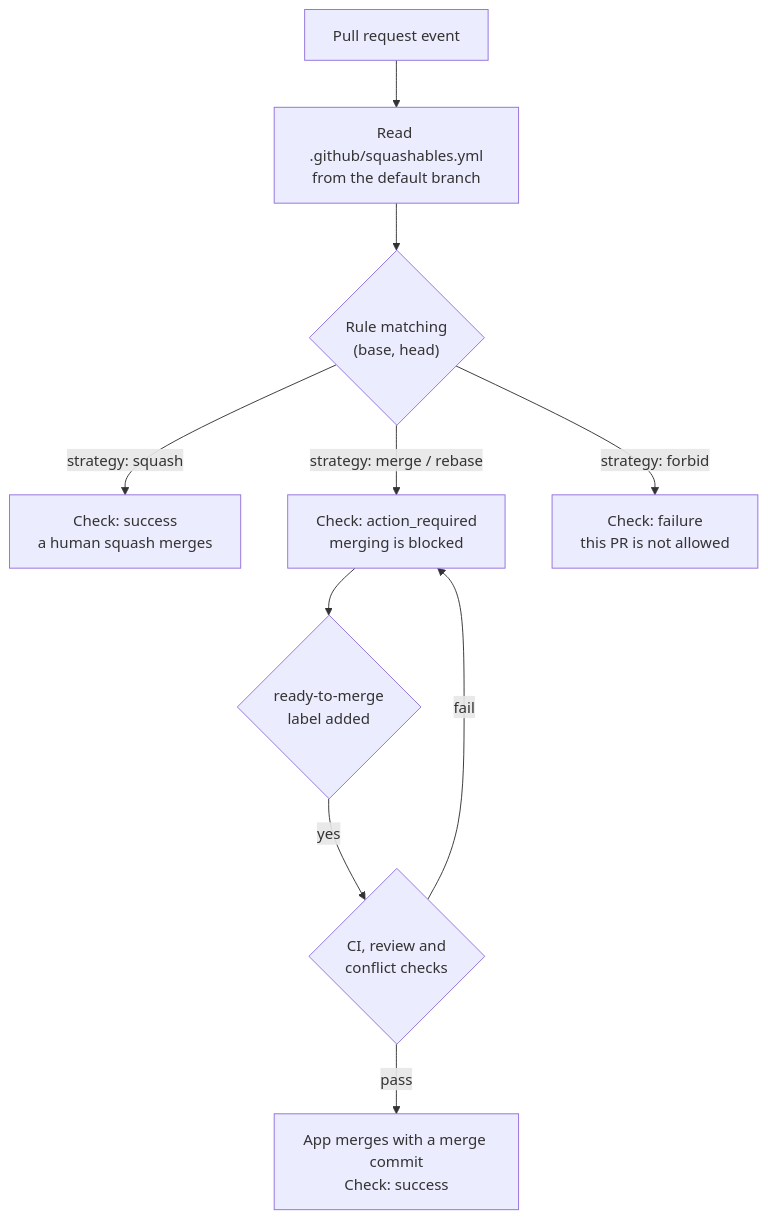
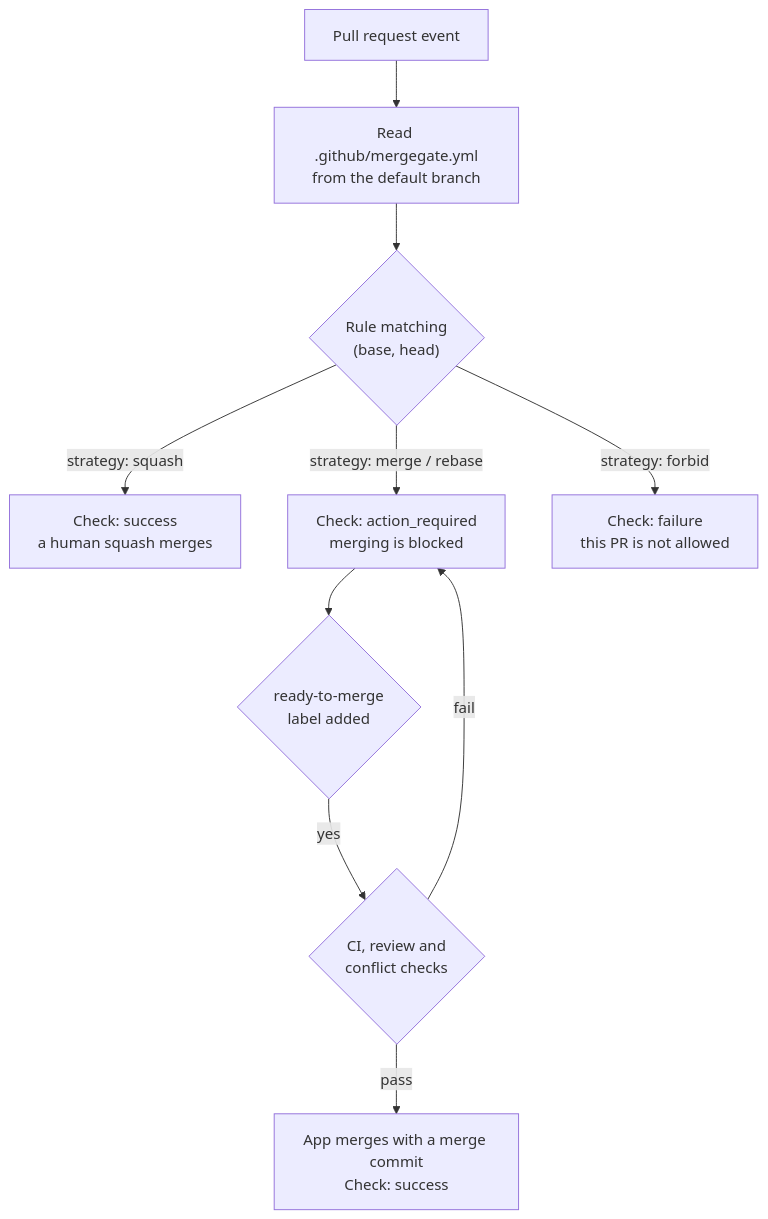
Before and after one commit to siketyan/mergegate: the first of 2 diagrams in README.md, drawn with Mermaid. The commit also changed other lines of this file and 22 other files, not shown here.

````diff
--- a/README.md
+++ b/README.md
@@ -84,12 +87,12 @@
 ```mermaid
 flowchart TD
-    A["Pull request event"] --> B["Read .github/squashables.yml<br/>from the default branch"]
+    A["Pull request event"] --> B["Read .github/mergegate.yml<br/>from the default branch"]
     B --> C{"Rule matching<br/>(base, head)"}
     C -->|"strategy: squash"| D["Check: success<br/>a human squash merges"]
     C -->|"strategy: merge / rebase"| E["Check: action_required<br/>merging is blocked"]
     C -->|"strategy: forbid"| F["Check: failure<br/>this PR is not allowed"]
     E --> G{"ready-to-merge<br/>label added"}
     G -->|"yes"| H{"CI, review and<br/>conflict checks"}
     H -->|"pass"| I["App merges with a merge commit<br/>Check: success"]
     H -->|"fail"| E
 ```
````
